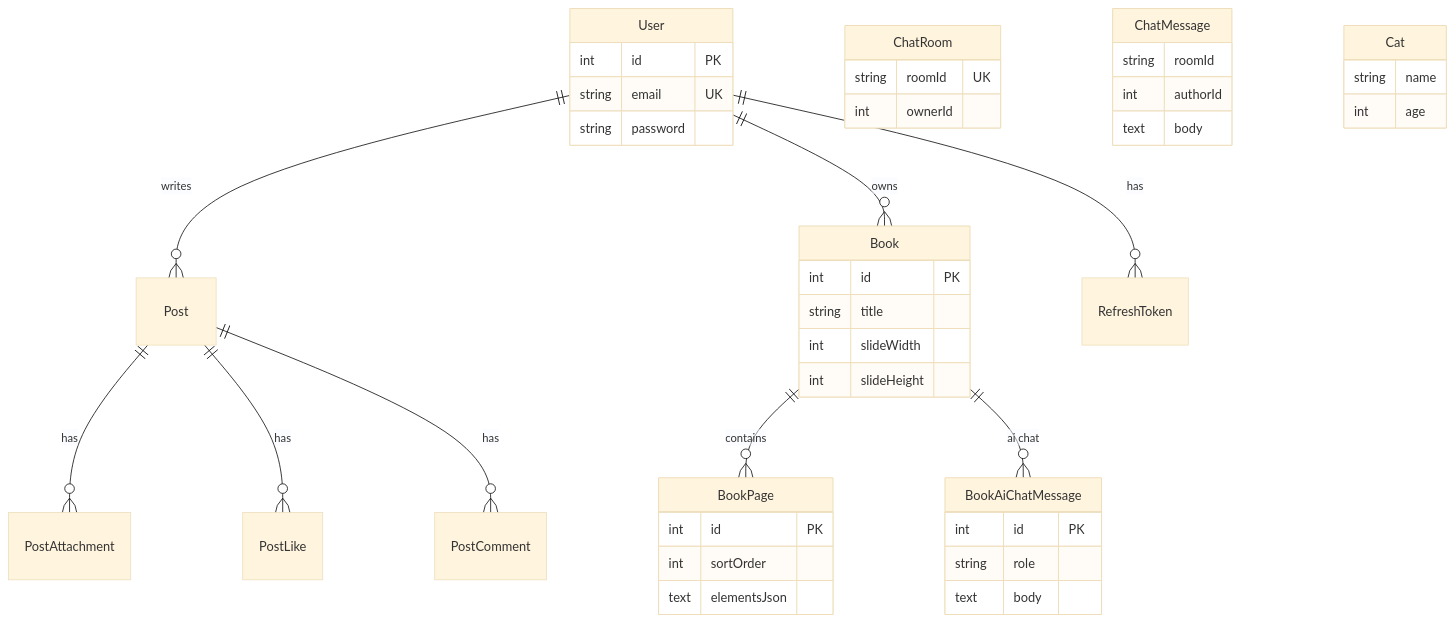
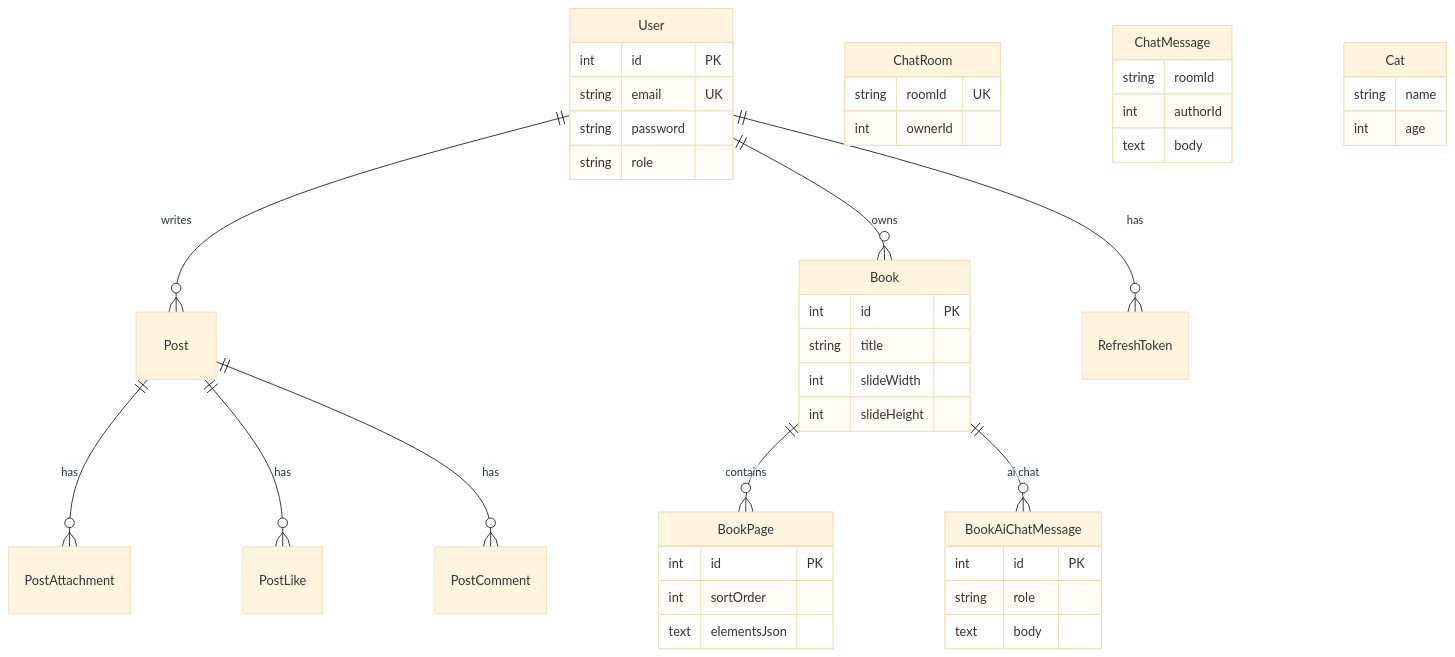
Before and after one commit to kspark-sqisoft/react-auth: the third of 10 diagrams in docs/PROJECT_ARCHITECTURE.md, drawn with Mermaid (base theme). The commit also changed other lines of this file and 38 other files, not shown here.

````diff
--- a/docs/PROJECT_ARCHITECTURE.md
+++ b/docs/PROJECT_ARCHITECTURE.md
@@ -113,45 +115,46 @@
 ```mermaid
 erDiagram
   User ||--o{ Post : writes
   User ||--o{ Book : owns
   User ||--o{ RefreshToken : has
   Post ||--o{ PostAttachment : has
   Post ||--o{ PostLike : has
   Post ||--o{ PostComment : has
   Book ||--o{ BookPage : contains
   Book ||--o{ BookAiChatMessage : "ai chat"
   ChatRoom {
     string roomId UK
     int ownerId
   }
   ChatMessage {
     string roomId
     int authorId
     text body
   }
   Cat {
     string name
     int age
   }
   User {
     int id PK
     string email UK
     string password
+    string role
   }
   Book {
     int id PK
     string title
     int slideWidth
     int slideHeight
   }
   BookPage {
     int id PK
     int sortOrder
     text elementsJson
   }
   BookAiChatMessage {
     int id PK
     string role
     text body
   }
 ```
````
